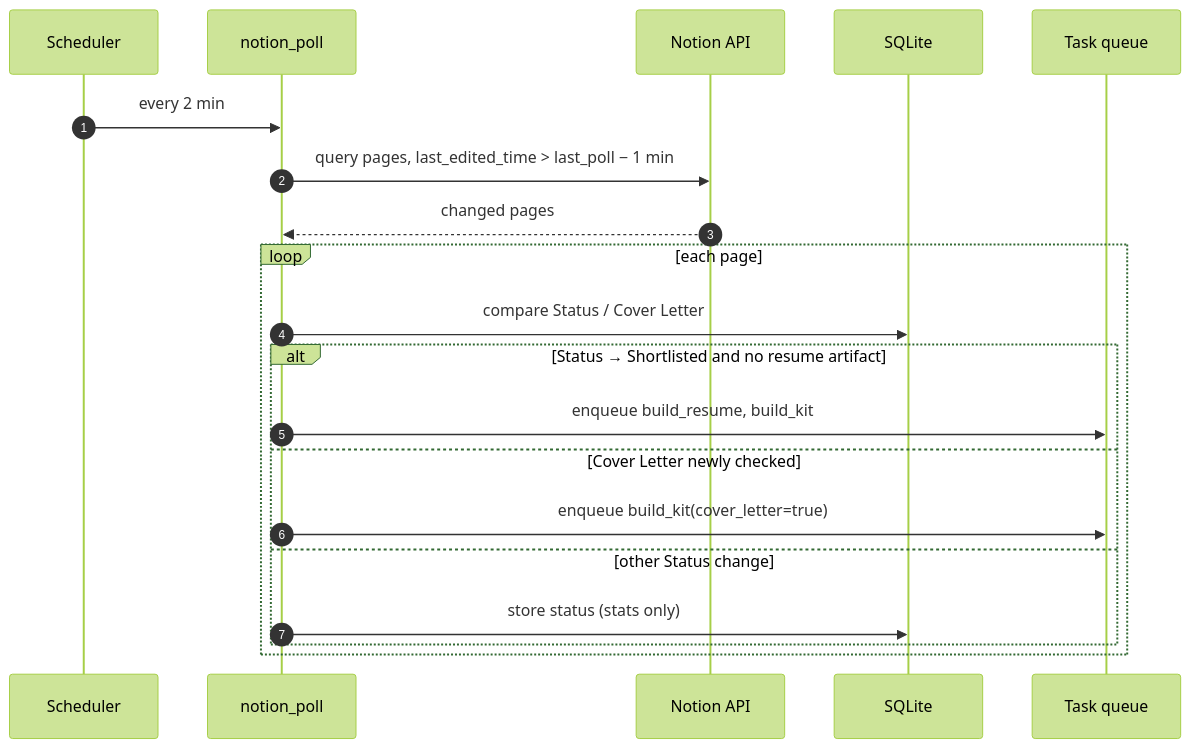
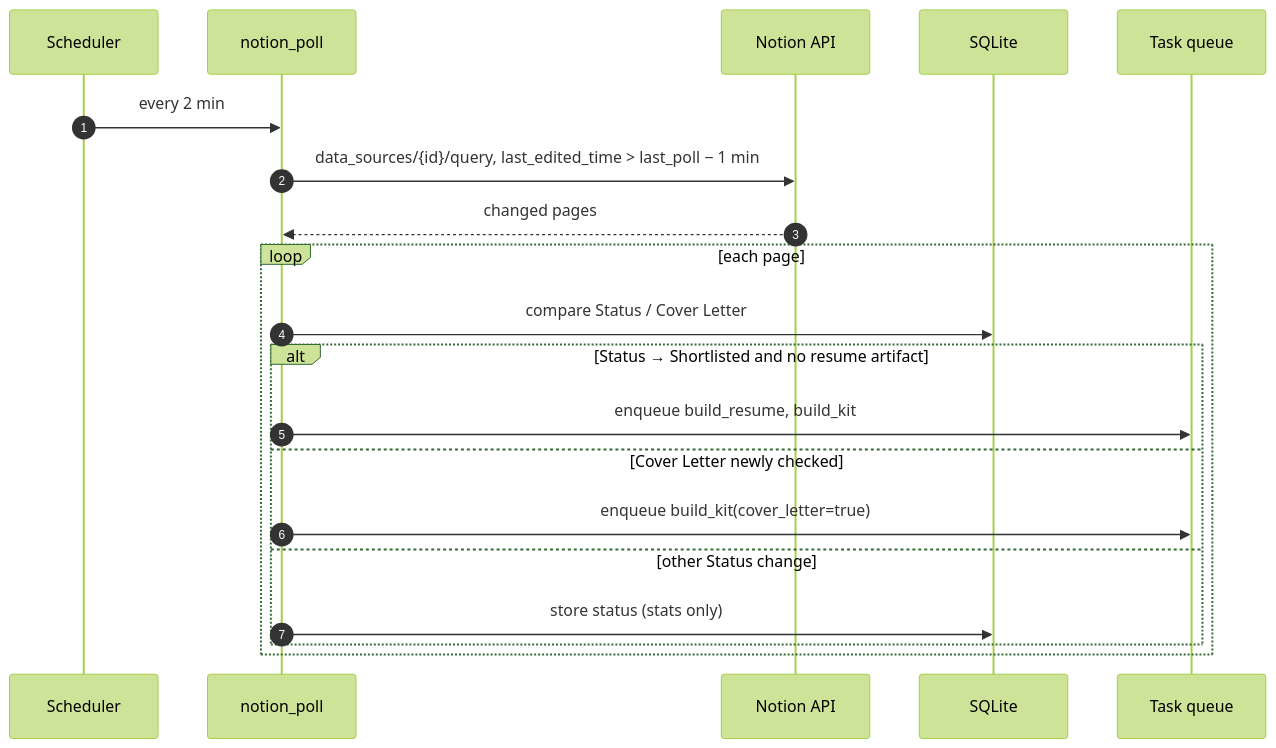
The sixth of 6 diagrams in docs/LLD.md (ThePlator/JobRadar), drawn with Mermaid (forest theme) before and after one commit. The commit also changed other lines of this file and 2 other files, not shown here.

````diff
--- a/docs/LLD.md
+++ b/docs/LLD.md
@@ -751,23 +763,23 @@
 ```mermaid
 sequenceDiagram
     autonumber
     participant S as Scheduler
     participant P as notion_poll
     participant N as Notion API
     participant DB as SQLite
     participant Q as Task queue
 
     S->>P: every 2 min
-    P->>N: query pages, last_edited_time > last_poll − 1 min
+    P->>N: data_sources/{id}/query, last_edited_time > last_poll − 1 min
     N-->>P: changed pages
     loop each page
         P->>DB: compare Status / Cover Letter
         alt Status → Shortlisted and no resume artifact
             P->>Q: enqueue build_resume, build_kit
         else Cover Letter newly checked
             P->>Q: enqueue build_kit(cover_letter=true)
         else other Status change
             P->>DB: store status (stats only)
         end
     end
 ```
````
